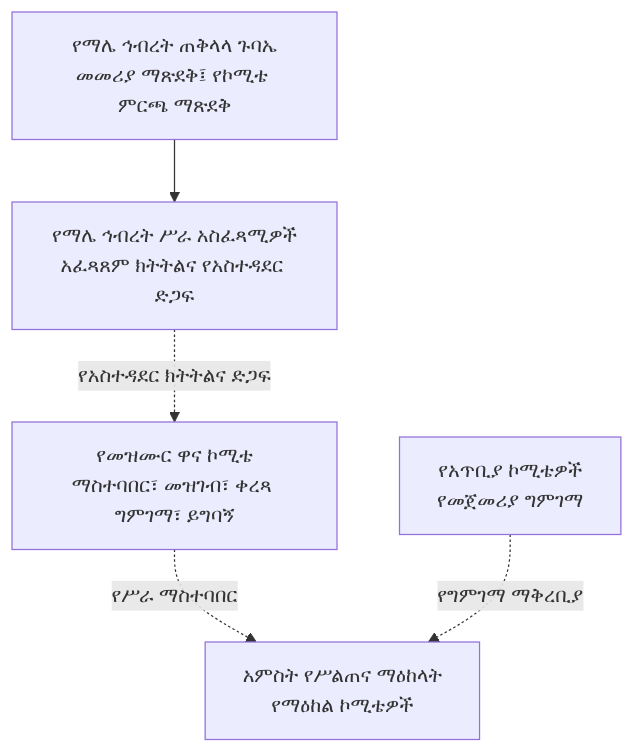
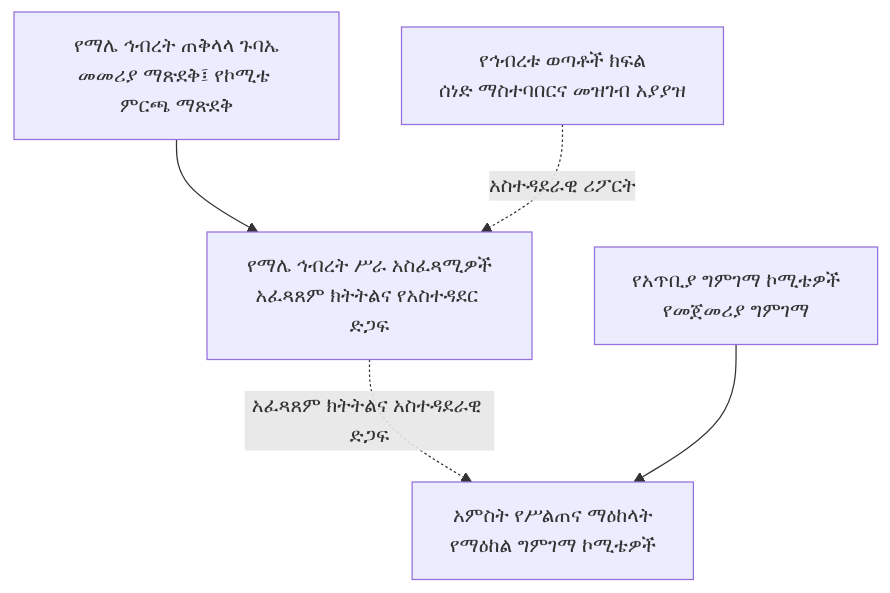
The second of 3 diagrams in docs/governance/maale-song-review-directive-am.md (akefadaka-git/ekhc-digital-platform), drawn with Mermaid before and after one commit. The commit also changed other lines of this file, not shown here.

````diff
--- a/docs/governance/maale-song-review-directive-am.md
+++ b/docs/governance/maale-song-review-directive-am.md
@@ -95,7 +94,7 @@
 ```mermaid
 flowchart TD
  A[የማሌ ኅብረት ጠቅላላ ጉባኤ<br/>መመሪያ ማጽደቅ፤ የኮሚቴ ምርጫ ማጽደቅ] --> B[የማሌ ኅብረት ሥራ አስፈጻሚዎች<br/>አፈጻጸም ክትትልና የአስተዳደር ድጋፍ]
- B -. የአስተዳደር ክትትልና ድጋፍ .-> C[የመዝሙር ዋና ኮሚቴ<br/>ማስተባበር፣ መዝገብ፣ ቀረጻ ግምገማ፣ ይግባኝ]
- C -. የሥራ ማስተባበር .-> D[አምስት የሥልጠና ማዕከላት<br/>የማዕከል ኮሚቴዎች]
- E[የአጥቢያ ኮሚቴዎች<br/>የመጀመሪያ ግምገማ] -. የግምገማ ማቅረቢያ .-> D
+ B -. አፈጻጸም ክትትልና አስተዳደራዊ ድጋፍ .-> D[አምስት የሥልጠና ማዕከላት<br/>የማዕከል ግምገማ ኮሚቴዎች]
+ E[የአጥቢያ ግምገማ ኮሚቴዎች<br/>የመጀመሪያ ግምገማ] --> D
+ F[የኅብረቱ ወጣቶች ክፍል<br/>ሰነድ ማስተባበርና መዝገብ አያያዝ] -. አስተዳደራዊ ሪፖርት .-> B
 ```
````
